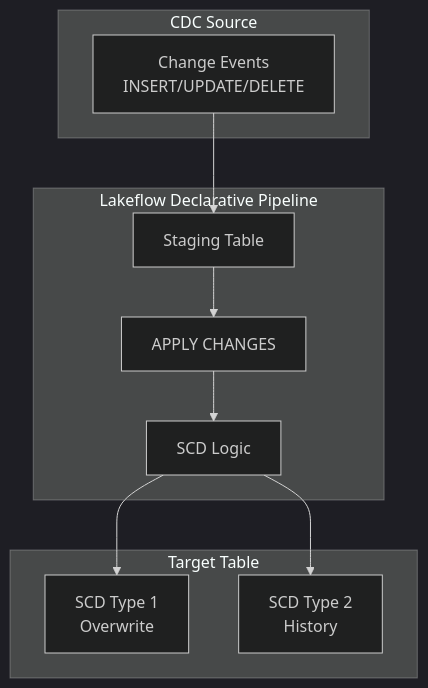
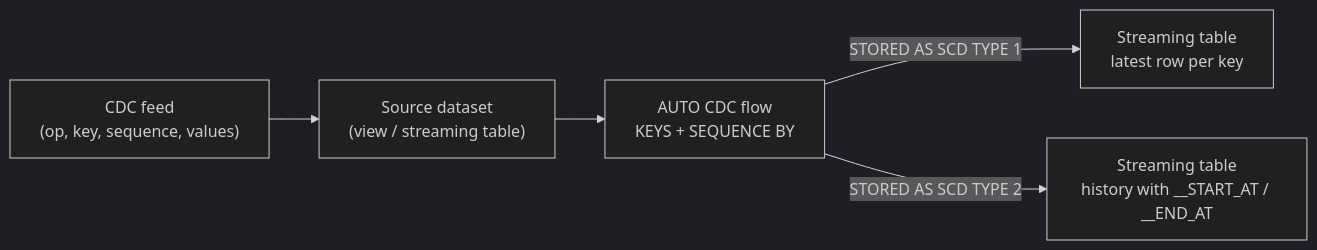
The diagram in certifications/data-engineer-professional/01-developing-code-for-data-processing/07-auto-cdc-api.md (kengio/databricks-certification-study-guide), drawn with Mermaid (dark theme) before and after one commit. The commit also changed other lines of this file and 108 other files, not shown here.

````diff
--- a/certifications/data-engineer-professional/01-developing-code-for-data-processing/07-auto-cdc-api.md
+++ b/certifications/data-engineer-professional/01-developing-code-for-data-processing/07-auto-cdc-api.md
@@ -16,23 +39,7 @@
 ```mermaid
-flowchart TB
-    subgraph Source["CDC Source"]
-        Changes[Change Events<br>INSERT/UPDATE/DELETE]
-    end
-
-    subgraph Pipeline["Lakeflow Declarative Pipeline"]
-        Staging[Staging Table]
-        Apply[APPLY CHANGES]
-        SCD[SCD Logic]
-    end
-
-    subgraph Target["Target Table"]
-        SCD1[SCD Type 1<br>Overwrite]
-        SCD2[SCD Type 2<br>History]
-    end
-
-    Changes --> Staging
-    Staging --> Apply
-    Apply --> SCD
-    SCD --> SCD1
-    SCD --> SCD2
+flowchart LR
+    Feed["CDC feed<br>(op, key, sequence, values)"] --> View["Source dataset<br>(view / streaming table)"]
+    View --> Flow["AUTO CDC flow<br>KEYS + SEQUENCE BY"]
+    Flow -->|STORED AS SCD TYPE 1| T1["Streaming table<br>latest row per key"]
+    Flow -->|STORED AS SCD TYPE 2| T2["Streaming table<br>history with __START_AT / __END_AT"]
 ```
````
